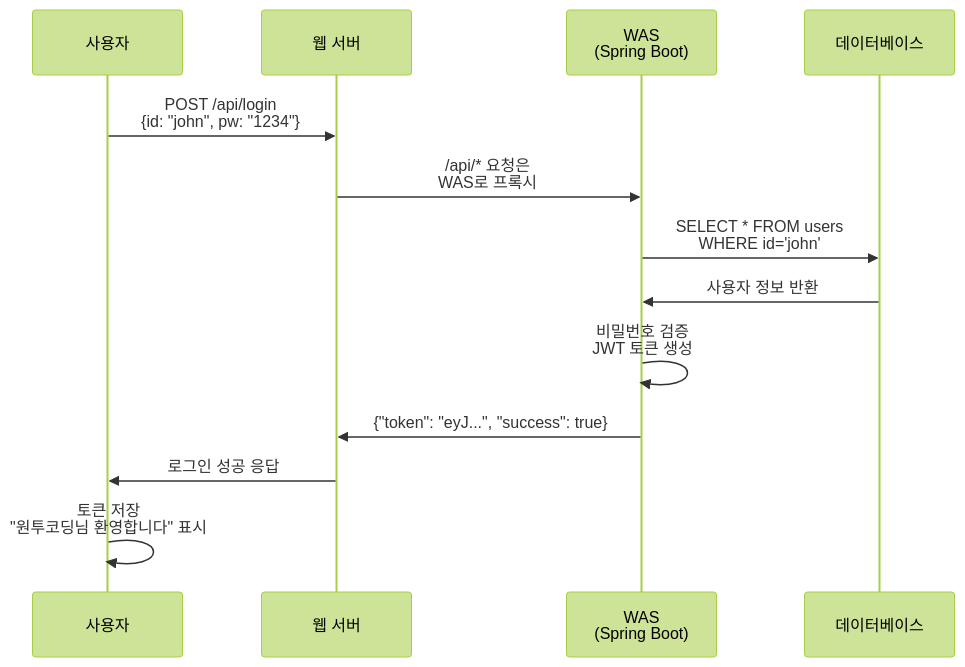
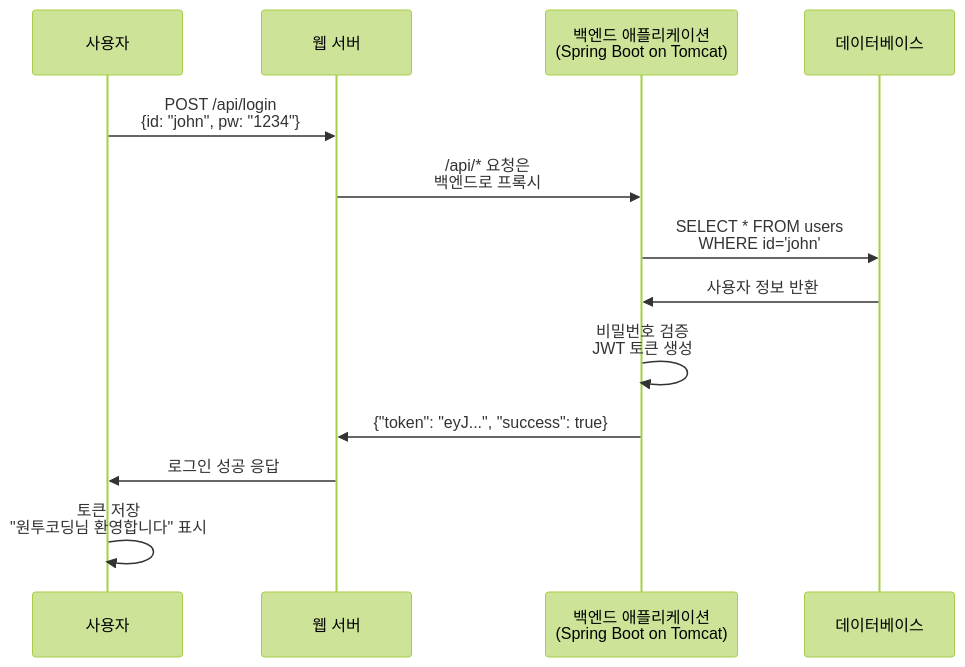
One commit to lmmj1221/senior_mhealth_lecture changed the sixth of 52 diagrams in docs/backend.md. Above: the diagram before and after it, drawn with Mermaid (forest theme). The commit also changed other lines of this file, not shown here.

````diff
--- a/docs/backend.md
+++ b/docs/backend.md
@@ -390,16 +393,16 @@
 ```mermaid
 sequenceDiagram
     participant User as 사용자
     participant Web as 웹 서버
-    participant WAS as WAS<br/>(Spring Boot)
+    participant App as 백엔드 애플리케이션<br/>(Spring Boot on Tomcat)
     participant DB as 데이터베이스
 
     User->>Web: POST /api/login<br/>{id: "john", pw: "1234"}
-    Web->>WAS: /api/* 요청은<br/>WAS로 프록시
-    WAS->>DB: SELECT * FROM users<br/>WHERE id='john'
-    DB->>WAS: 사용자 정보 반환
-    WAS->>WAS: 비밀번호 검증<br/>JWT 토큰 생성
-    WAS->>Web: {"token": "eyJ...", "success": true}
+    Web->>App: /api/* 요청은<br/>백엔드로 프록시
+    App->>DB: SELECT * FROM users<br/>WHERE id='john'
+    DB->>App: 사용자 정보 반환
+    App->>App: 비밀번호 검증<br/>JWT 토큰 생성
+    App->>Web: {"token": "eyJ...", "success": true}
     Web->>User: 로그인 성공 응답
     User->>User: 토큰 저장<br/>"원투코딩님 환영합니다" 표시
 ```
````
